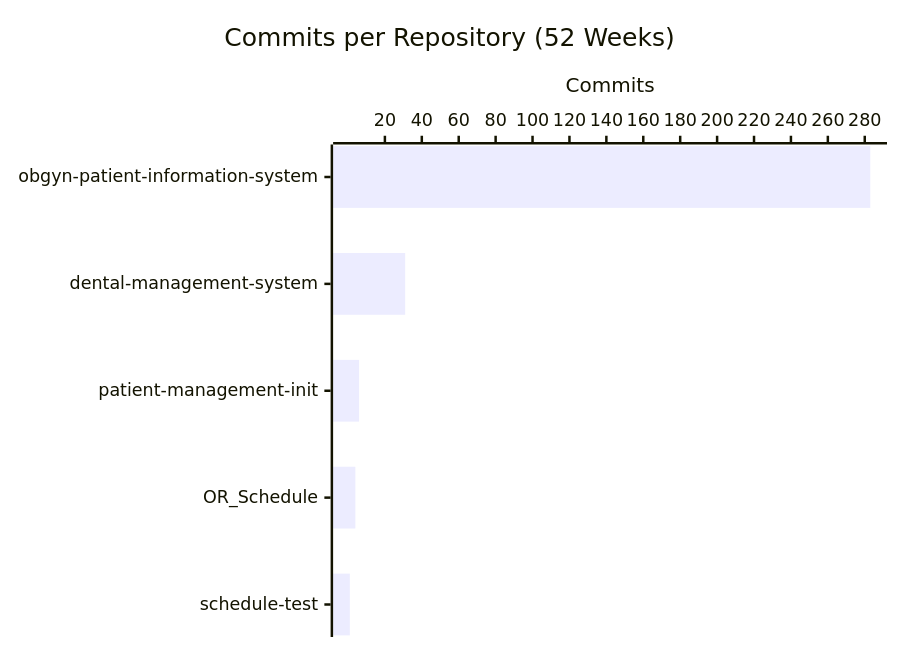
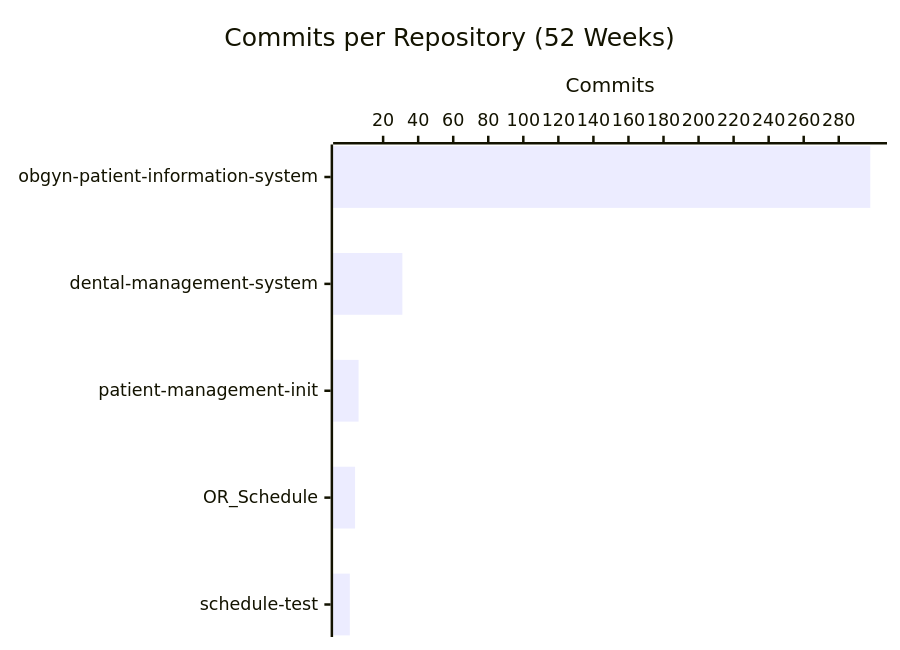
The second of 4 diagrams in profile/README.md (CSTH-Projects/.github), drawn with Mermaid before and after one commit. The commit also changed other lines of this file, not shown here.

````diff
--- a/profile/README.md
+++ b/profile/README.md
@@ -23,7 +23,7 @@
 ```mermaid
 xychart-beta horizontal
     title "Commits per Repository (52 Weeks)"
     x-axis ["obgyn-patient-information-system", "dental-management-system", "patient-management-init", "OR_Schedule", "schedule-test"]
     y-axis "Commits"
-    bar [283, 31, 6, 4, 1]
+    bar [298, 31, 6, 4, 1]
 ```
````
